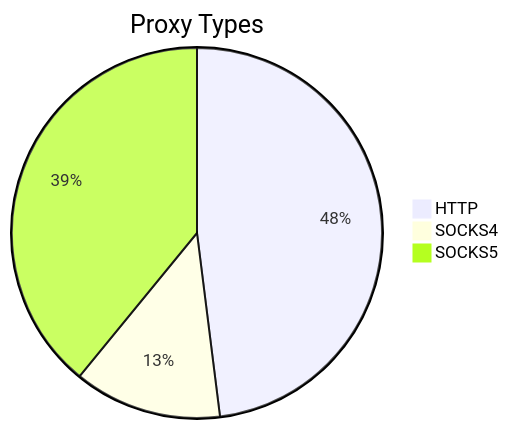
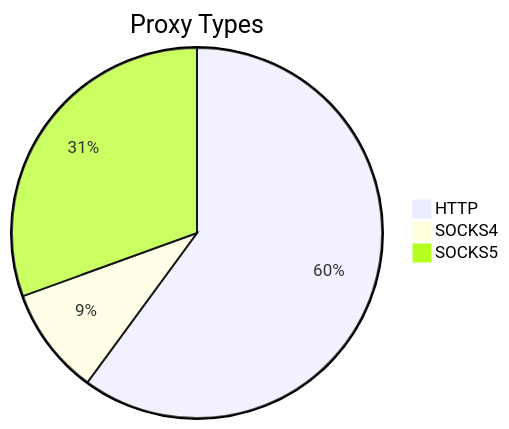
The first of 2 diagrams in README.md (stormsia/proxy-list), drawn with Mermaid before and after one commit. The commit also changed other lines of this file, not shown here.

````diff
--- a/README.md
+++ b/README.md
@@ -21,6 +21,6 @@
 ```mermaid
 pie title Proxy Types
-    "HTTP" : 145
-    "SOCKS4" : 39
-    "SOCKS5" : 118
+    "HTTP" : 179
+    "SOCKS4" : 28
+    "SOCKS5" : 91
 ```
````
